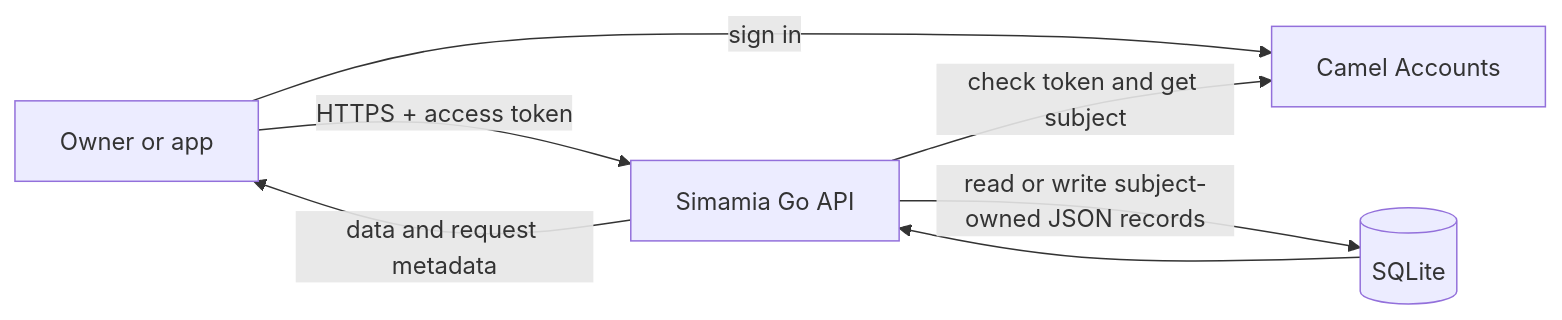
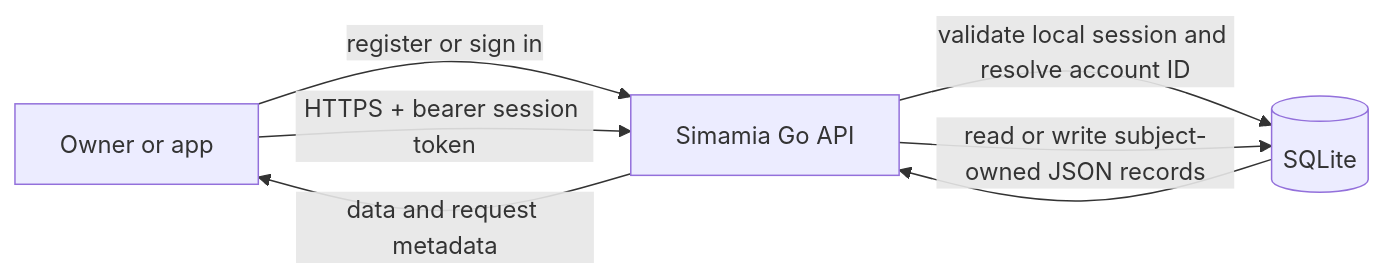
The first of 3 diagrams in docs-site/app/api/how-it-works/page.mdx (troubleman96/simamia-opensource), drawn with Mermaid before and after one commit. The commit also changed other lines of this file and 53 other files, not shown here.

Commit message:
feat: replace Camel auth with local accounts

````diff
--- a/docs-site/app/api/how-it-works/page.mdx
+++ b/docs-site/app/api/how-it-works/page.mdx
@@ -22,8 +22,8 @@
 ```mermaid
 flowchart LR
-  Person[Owner or app] -->|sign in| Accounts[Camel Accounts]
-  Person -->|HTTPS + access token| API[Simamia Go API]
-  API -->|check token and get subject| Accounts
+  Person[Owner or app] -->|register or sign in| API[Simamia Go API]
+  Person -->|HTTPS + bearer session token| API
+  API -->|validate local session and resolve account ID| DB[(SQLite)]
   API -->|read or write subject-owned JSON records| DB[(SQLite)]
   DB --> API -->|data and request metadata| Person
 ```
````
